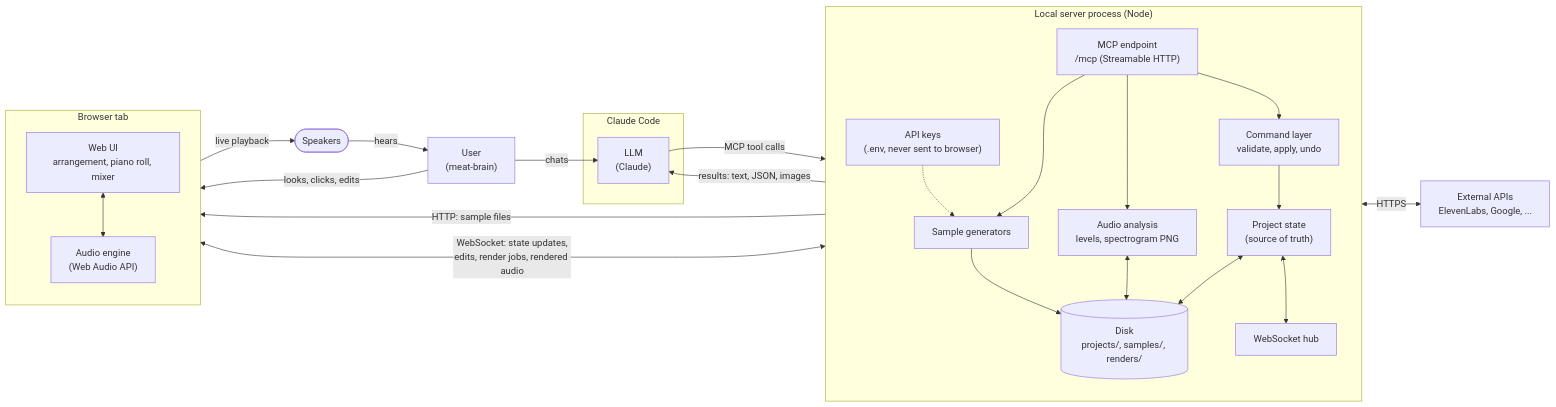
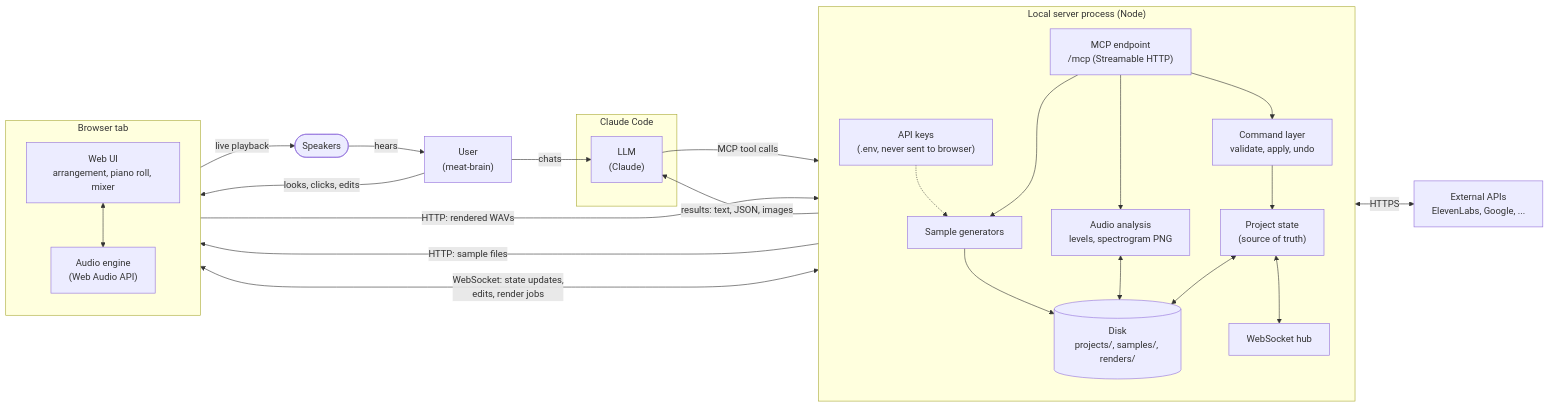
One commit to hortfrancis/auto-daw-01 changed the first of 5 diagrams in docs/architecture.md. Above: the diagram before and after it, drawn with Mermaid. The commit also changed other lines of this file and 21 other files, not shown here.

First line of the commit message:
feat(render): render the song offline in the browser and save a WAV

````diff
--- a/docs/architecture.md
+++ b/docs/architecture.md
@@ -16,53 +16,54 @@
 ```mermaid
 flowchart LR
     User["User<br/>(meat-brain)"]
 
     subgraph CC["Claude Code"]
         LLM["LLM<br/>(Claude)"]
     end
 
     subgraph Server["Local server process (Node)"]
         direction TB
         MCP["MCP endpoint<br/>/mcp (Streamable HTTP)"]
         Cmd["Command layer<br/>validate, apply, undo"]
         State["Project state<br/>(source of truth)"]
         Analysis["Audio analysis<br/>levels, spectrogram PNG"]
         Gen["Sample generators"]
         Secrets["API keys<br/>(.env, never sent to browser)"]
         Hub["WebSocket hub"]
         Disk[("Disk<br/>projects/, samples/, renders/")]
 
         MCP --> Cmd
         Cmd --> State
         State <--> Disk
         MCP --> Analysis
         Analysis <--> Disk
         MCP --> Gen
         Secrets -.-> Gen
         Gen --> Disk
         State <--> Hub
     end
 
     subgraph Browser["Browser tab"]
         direction TB
         UI["Web UI<br/>arrangement, piano roll, mixer"]
         Engine["Audio engine<br/>(Web Audio API)"]
         UI <--> Engine
     end
 
     Ext["External APIs<br/>ElevenLabs, Google, ..."]
     Speakers(["Speakers"])
 
     User -- "chats" --> LLM
     LLM -- "MCP tool calls" --> MCP
     MCP -- "results: text, JSON, images" --> LLM
 
-    Hub <-- "WebSocket: state updates,<br/>edits, render jobs, rendered audio" --> Browser
+    Hub <-- "WebSocket: state updates,<br/>edits, render jobs" --> Browser
     Disk -- "HTTP: sample files" --> Engine
+    Engine -- "HTTP: rendered WAVs" --> Disk
 
     Gen <-- "HTTPS" --> Ext
 
     User -- "looks, clicks, edits" --> UI
     Engine -- "live playback" --> Speakers
     Speakers -- "hears" --> User
 ```
````
